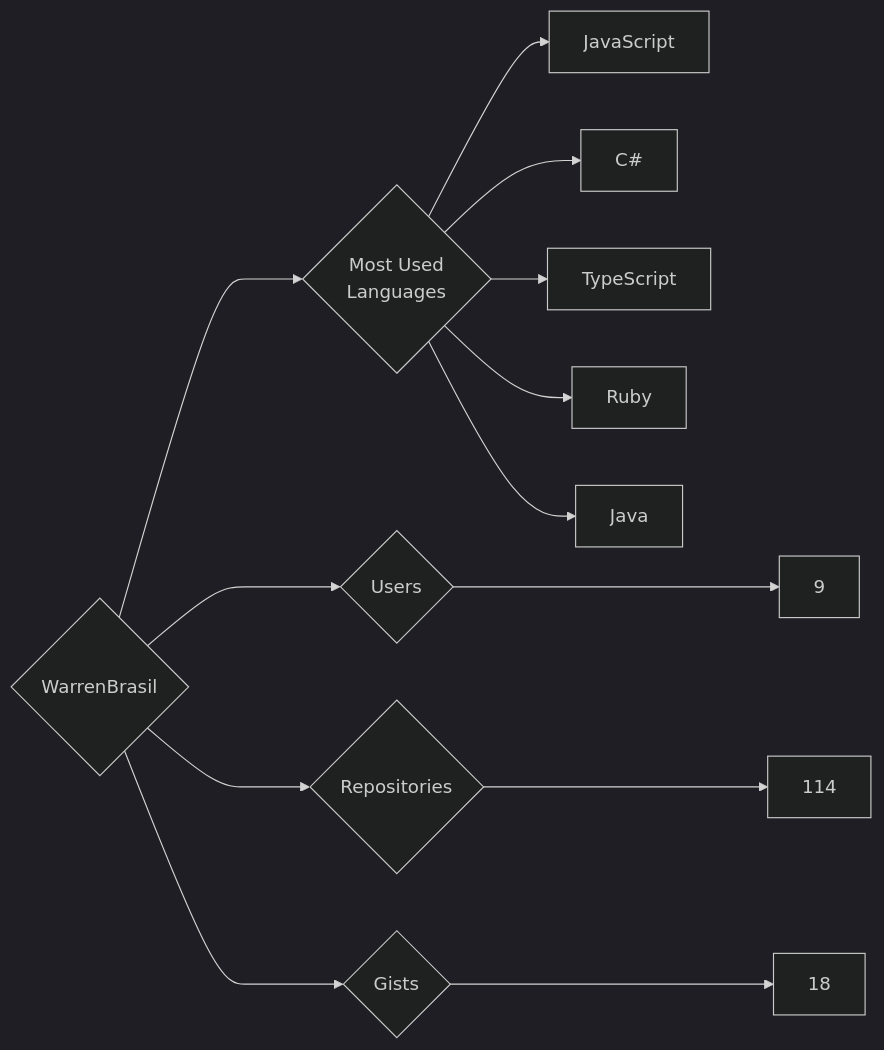
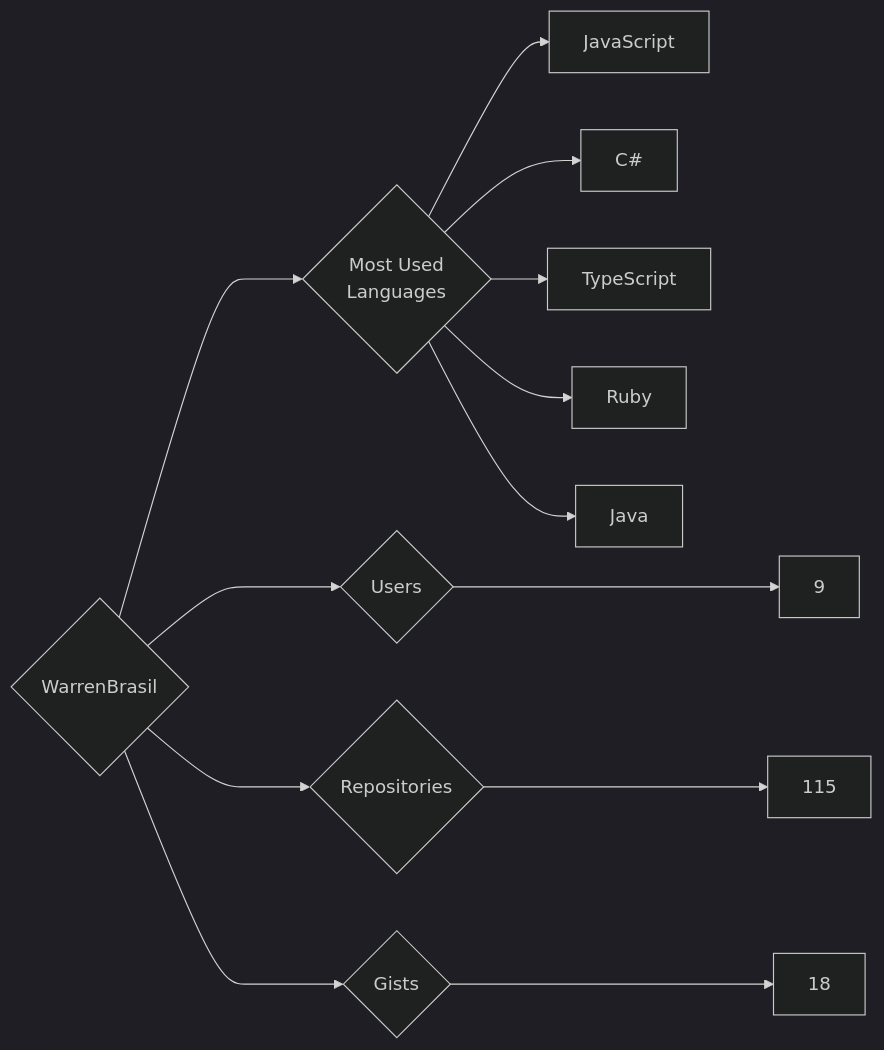
One commit to trickest/insiders changed the diagram in targets/WarrenBrasil/README.md. Above: the diagram before and after it, drawn with Mermaid (dark theme). The commit also changed 870 other files, not shown here.

````diff
--- a/targets/WarrenBrasil/README.md
+++ b/targets/WarrenBrasil/README.md
@@ -3,13 +3,13 @@
 ```mermaid
 graph LR
 COMPANY_NAME{WarrenBrasil}
 COMPANY_NAME ---> U{Users} ---> UN[9]
-COMPANY_NAME ---> R{Repositories} ---> RN[114]
+COMPANY_NAME ---> R{Repositories} ---> RN[115]
 COMPANY_NAME ---> G{Gists} ---> GN[18]
 COMPANY_NAME ---> ML{Most Used<br>Languages}
 ML --> JavaScript[JavaScript]
 ML --> C#[C#]
 ML --> TypeScript[TypeScript]
 ML --> Ruby[Ruby]
 ML --> Java[Java]
 ```
````
